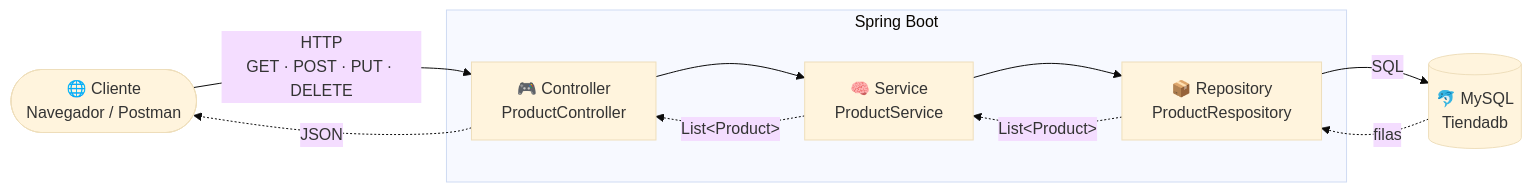
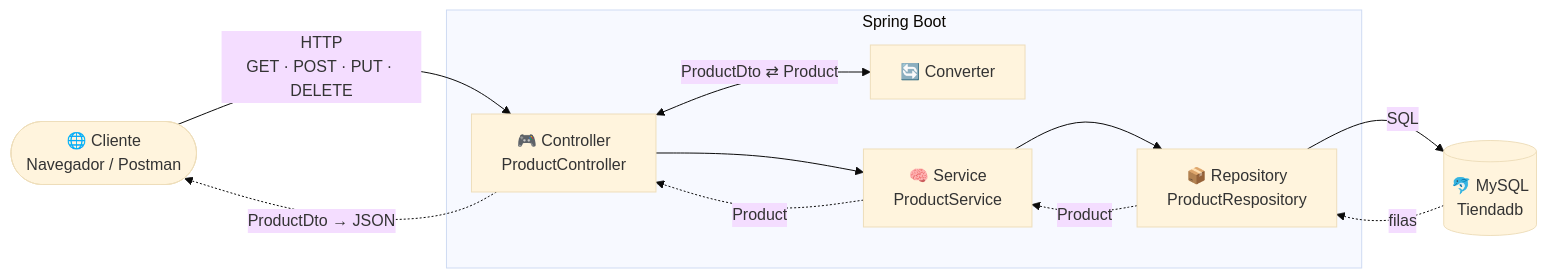
The first of 3 diagrams in README.md (Sukera27/Spring-Apuntes), drawn with Mermaid (base theme) before and after one commit. The commit also changed other lines of this file and 4 other files, not shown here.

Commit message:
dto-converter-statusResponse-Optional

````diff
--- a/README.md
+++ b/README.md
@@ -76,13 +86,14 @@
 ```mermaid
 flowchart LR
     C([🌐 Cliente<br/>Navegador / Postman]) -->|HTTP<br/>GET · POST · PUT · DELETE| CT
     subgraph APP [Spring Boot]
-        CT[🎮 Controller<br/>ProductController] --> S[🧠 Service<br/>ProductService]
+        CT[🎮 Controller<br/>ProductController] <-->|ProductDto ⇄ Product| CV[🔄 Converter]
+        CT --> S[🧠 Service<br/>ProductService]
         S --> R[📦 Repository<br/>ProductRespository]
     end
     R -->|SQL| DB[(🐬 MySQL<br/>Tiendadb)]
     DB -.->|filas| R
-    R -.->|List&lt;Product&gt;| S
-    S -.->|List&lt;Product&gt;| CT
-    CT -.->|JSON| C
+    R -.->|Product| S
+    S -.->|Product| CT
+    CT -.->|ProductDto → JSON| C
 ```
````
